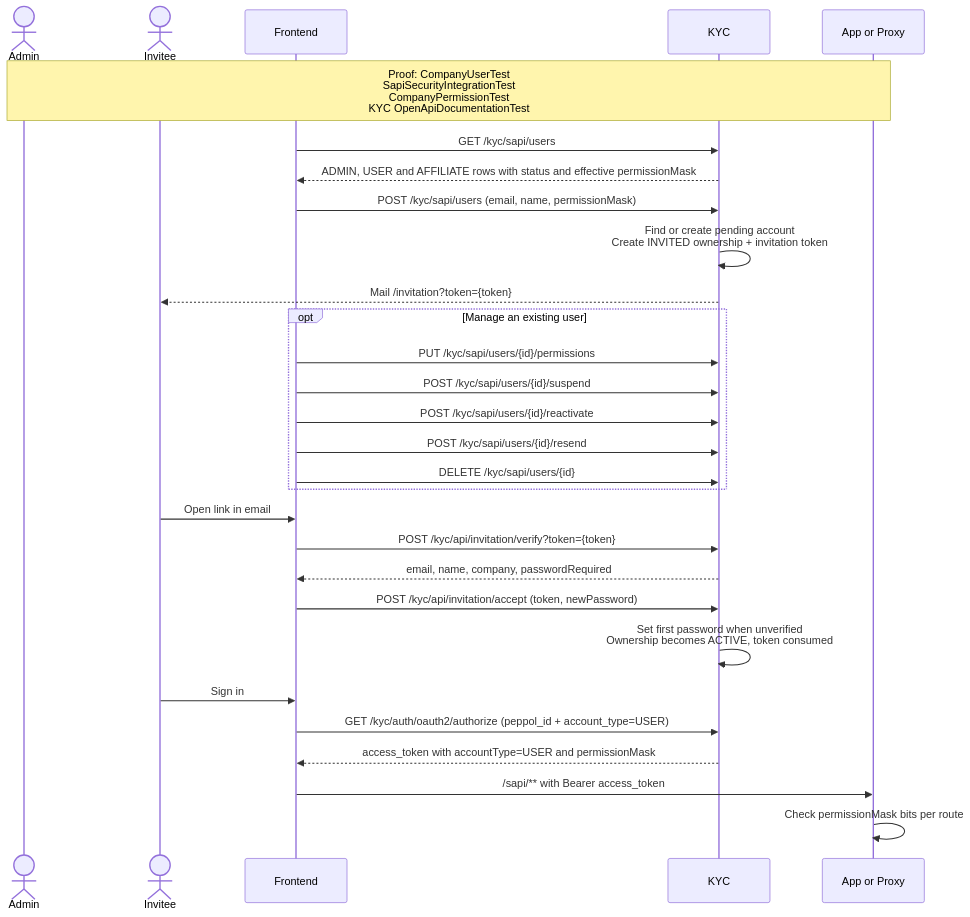
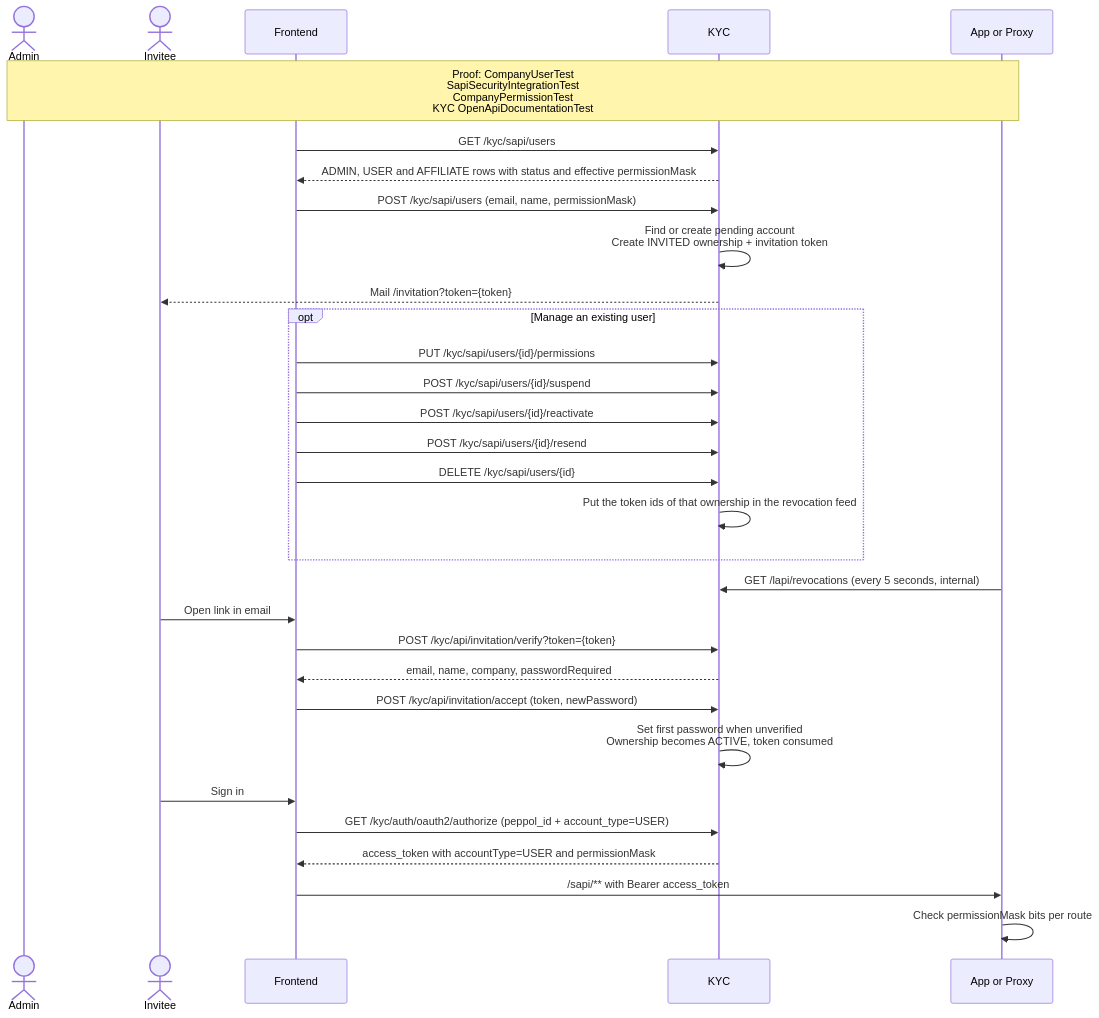
Before and after one commit to letspeppol/letspeppol: the diagram in readme/api-company-users.md, drawn with Mermaid. The commit also changed other lines of this file and 29 other files, not shown here.

Commit message:
feat: revocation feed to immediately revoke tokens

````diff
--- a/readme/api-company-users.md
+++ b/readme/api-company-users.md
@@ -10,32 +10,34 @@
 ```mermaid
 sequenceDiagram
     actor Admin
     actor Invitee
     participant UI as Frontend
     participant KYC
     participant API as App or Proxy
 
     Note over Admin,API: Proof: CompanyUserTest<br/>SapiSecurityIntegrationTest<br/>CompanyPermissionTest<br/>KYC OpenApiDocumentationTest
     UI->>KYC: GET /kyc/sapi/users
     KYC-->>UI: ADMIN, USER and AFFILIATE rows with status and effective permissionMask
     UI->>KYC: POST /kyc/sapi/users (email, name, permissionMask)
     KYC->>KYC: Find or create pending account<br/>Create INVITED ownership + invitation token
     KYC-->>Invitee: Mail /invitation?token={token}
     opt Manage an existing user
         UI->>KYC: PUT /kyc/sapi/users/{id}/permissions
         UI->>KYC: POST /kyc/sapi/users/{id}/suspend
         UI->>KYC: POST /kyc/sapi/users/{id}/reactivate
         UI->>KYC: POST /kyc/sapi/users/{id}/resend
         UI->>KYC: DELETE /kyc/sapi/users/{id}
+        KYC->>KYC: Put the token ids of that ownership in the revocation feed
     end
+    API->>KYC: GET /lapi/revocations (every 5 seconds, internal)
     Invitee->>UI: Open link in email
     UI->>KYC: POST /kyc/api/invitation/verify?token={token}
     KYC-->>UI: email, name, company, passwordRequired
     UI->>KYC: POST /kyc/api/invitation/accept (token, newPassword)
     KYC->>KYC: Set first password when unverified<br/>Ownership becomes ACTIVE, token consumed
     Invitee->>UI: Sign in
     UI->>KYC: GET /kyc/auth/oauth2/authorize (peppol_id + account_type=USER)
     KYC-->>UI: access_token with accountType=USER and permissionMask
     UI->>API: /sapi/** with Bearer access_token
     API->>API: Check permissionMask bits per route
 ```
````
